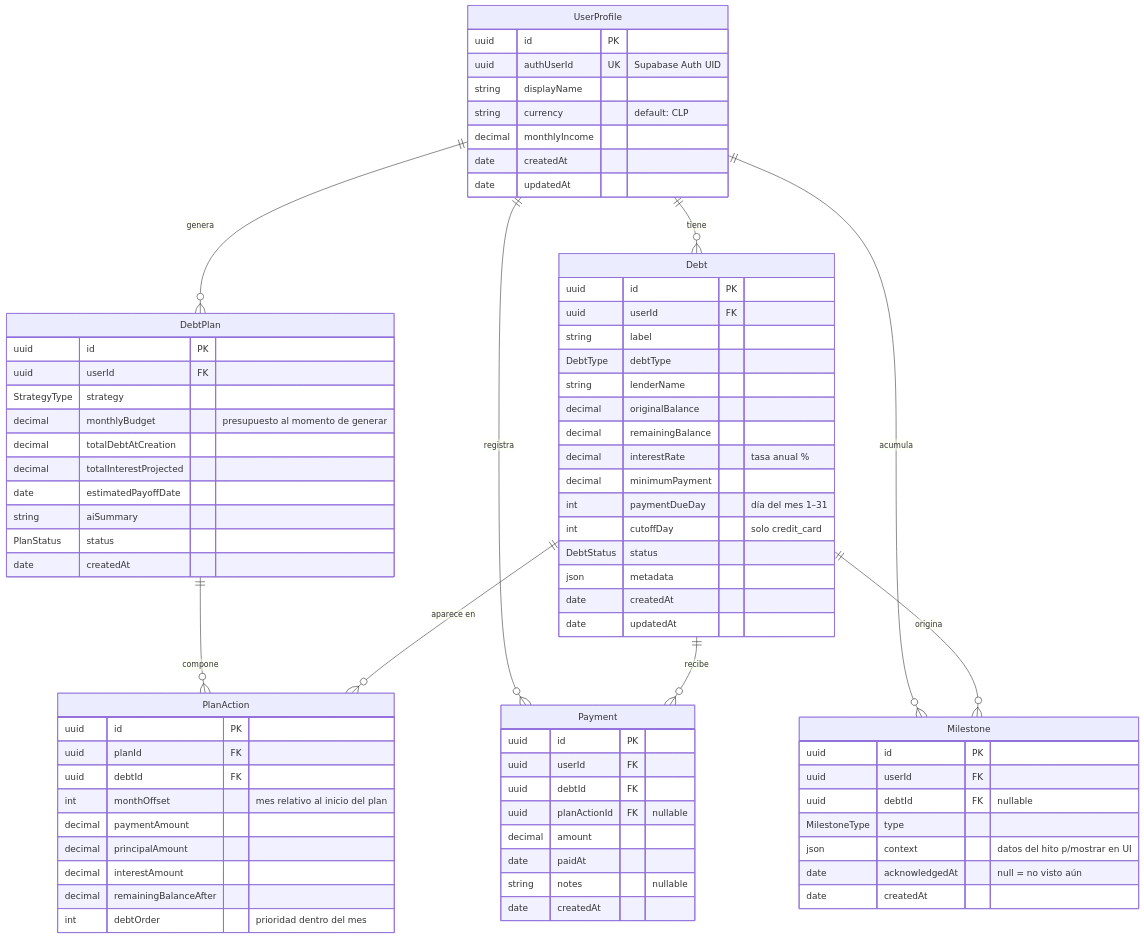
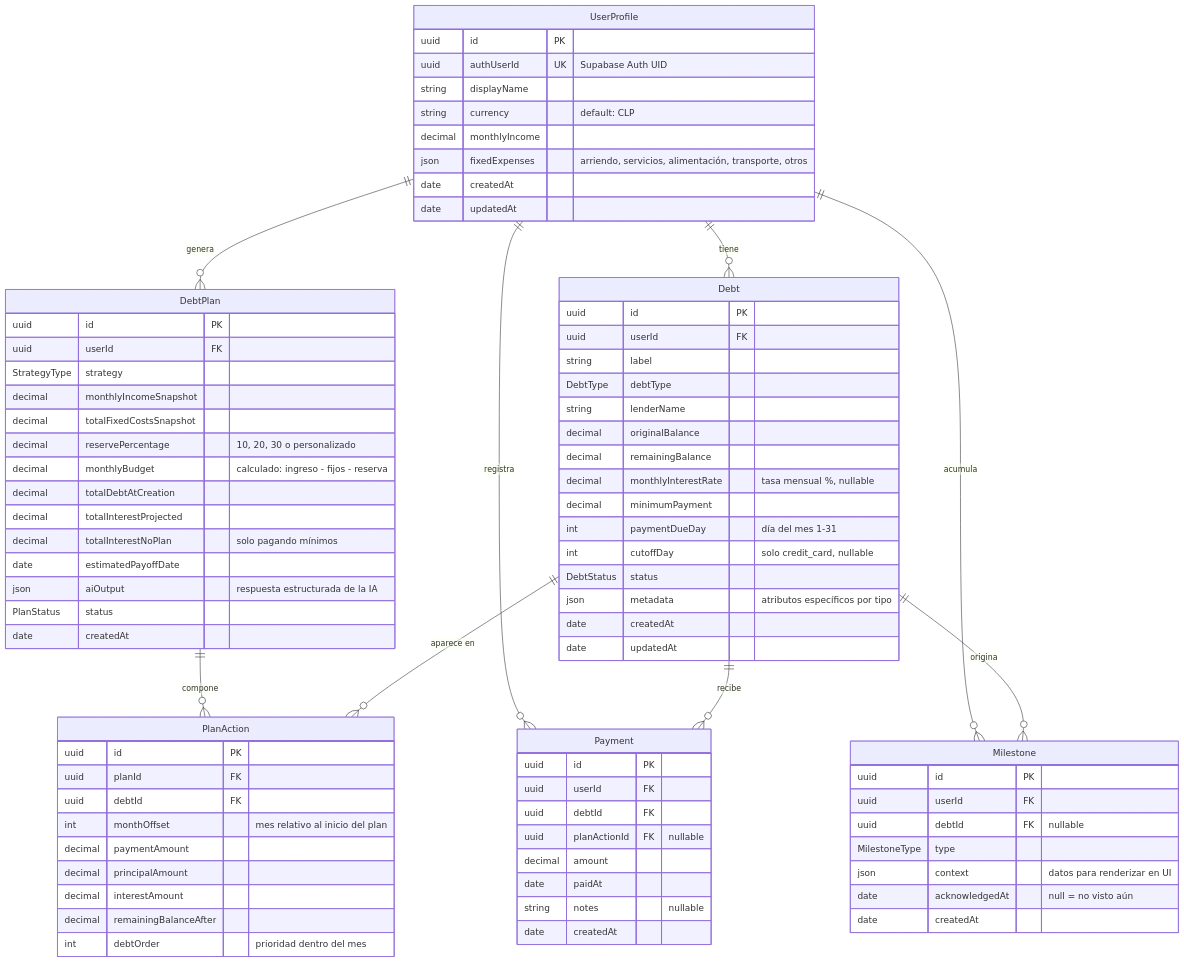
The diagram in docs/domain-model.md (Juargo/deudometro), drawn with Mermaid before and after one commit. The commit also changed other lines of this file and 1 other file, not shown here.

```diff
--- a/docs/domain-model.md
+++ b/docs/domain-model.md
@@ -16,6 +18,7 @@
         string displayName
         string currency "default: CLP"
         decimal monthlyIncome
+        json fixedExpenses "arriendo, servicios, alimentación, transporte, otros"
         date createdAt
         date updatedAt
     }
@@ -28,12 +31,12 @@
         string lenderName
         decimal originalBalance
         decimal remainingBalance
-        decimal interestRate "tasa anual %"
+        decimal monthlyInterestRate "tasa mensual %, nullable"
         decimal minimumPayment
-        int paymentDueDay "día del mes 1–31"
-        int cutoffDay "solo credit_card"
+        int paymentDueDay "día del mes 1-31"
+        int cutoffDay "solo credit_card, nullable"
         DebtStatus status
-        json metadata
+        json metadata "atributos específicos por tipo"
         date createdAt
         date updatedAt
     }
@@ -42,11 +45,15 @@
         uuid id PK
         uuid userId FK
         StrategyType strategy
-        decimal monthlyBudget "presupuesto al momento de generar"
+        decimal monthlyIncomeSnapshot
+        decimal totalFixedCostsSnapshot
+        decimal reservePercentage "10, 20, 30 o personalizado"
+        decimal monthlyBudget "calculado: ingreso - fijos - reserva"
         decimal totalDebtAtCreation
         decimal totalInterestProjected
+        decimal totalInterestNoPlan "solo pagando mínimos"
         date estimatedPayoffDate
-        string aiSummary
+        json aiOutput "respuesta estructurada de la IA"
         PlanStatus status
         date createdAt
     }
@@ -79,7 +86,7 @@
         uuid userId FK
         uuid debtId FK "nullable"
         MilestoneType type
-        json context "datos del hito p/mostrar en UI"
+        json context "datos para renderizar en UI"
         date acknowledgedAt "null = no visto aún"
         date createdAt
     }
```
